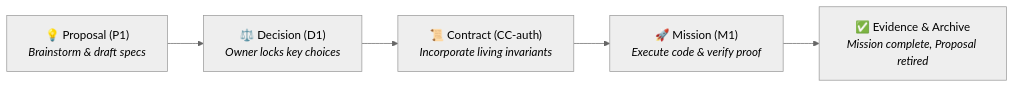
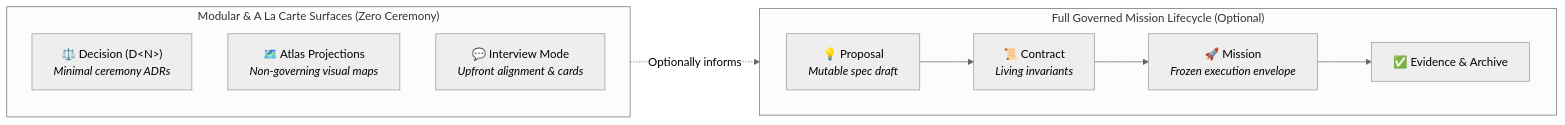
Before and after one commit to alexsmedile/spectacular: the diagram in docs/architecture.md, drawn with Mermaid (neutral theme). The commit also changed other lines of this file and 42 other files, not shown here.

````diff
--- a/docs/architecture.md
+++ b/docs/architecture.md
@@ -45,7 +47,16 @@
 ```mermaid
 flowchart LR
-    P["💡 Proposal (P1)<br><i>Brainstorm & draft specs</i>"] --> D["⚖️ Decision (D1)<br><i>Owner locks key choices</i>"]
-    D --> C["📜 Contract (CC-auth)<br><i>Incorporate living invariants</i>"]
-    C --> M["🚀 Mission (M1)<br><i>Execute code & verify proof</i>"]
-    M --> E["✅ Evidence & Archive<br><i>Mission complete, Proposal retired</i>"]
+    subgraph Standalone ["Modular & A La Carte Surfaces (Zero Ceremony)"]
+        direction TB
+        D["⚖️ Decision (D&lt;N&gt;)<br><i>Minimal ceremony ADRs</i>"]
+        A["🗺️ Atlas Projections<br><i>Non-governing visual maps</i>"]
+        I["💬 Interview Mode<br><i>Upfront alignment & cards</i>"]
+    end
+    subgraph FullLifecycle ["Full Governed Mission Lifecycle (Optional)"]
+        direction LR
+        P["💡 Proposal<br><i>Mutable spec draft</i>"] --> C["📜 Contract<br><i>Living invariants</i>"]
+        C --> M["🚀 Mission<br><i>Frozen execution envelope</i>"]
+        M --> E["✅ Evidence & Archive"]
+    end
+    Standalone -.->|Optionally informs| FullLifecycle
 ```
````
